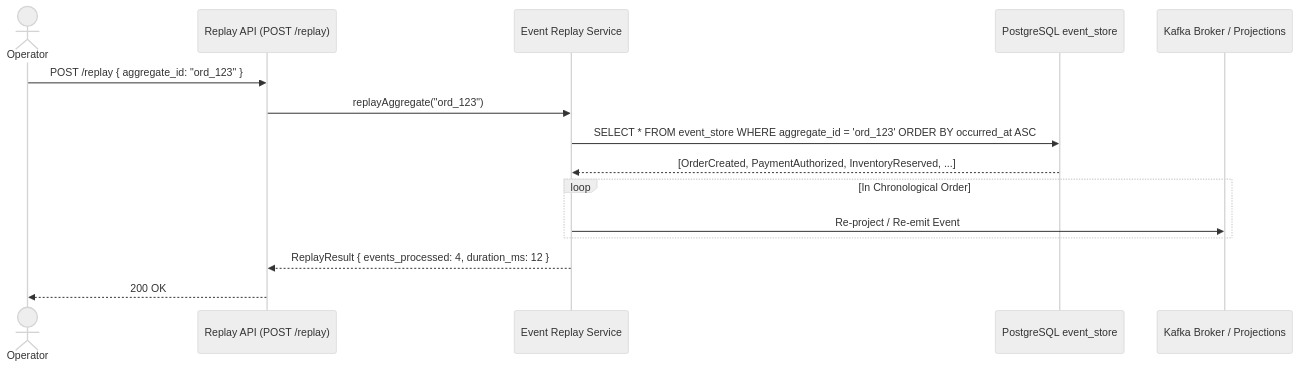
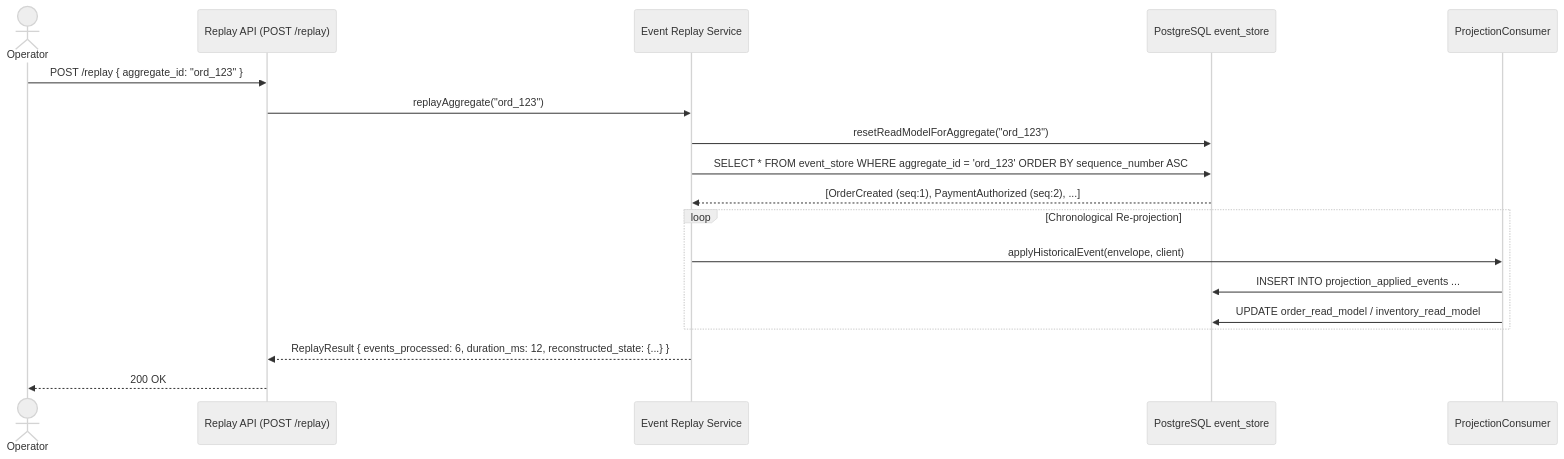
One commit to GiovaniRodrigo/event-driven-kafka changed the diagram in docs/11_EVENT_REPLAY.md. Above: the diagram before and after it, drawn with Mermaid (neutral theme). The commit also changed other lines of this file and 20 other files, not shown here.

````diff
--- a/docs/11_EVENT_REPLAY.md
+++ b/docs/11_EVENT_REPLAY.md
@@ -18,18 +18,21 @@
 ```mermaid
 sequenceDiagram
     actor Operator
     participant API as Replay API (POST /replay)
     participant Engine as Event Replay Service
     participant Store as PostgreSQL event_store
-    participant Kafka as Kafka Broker / Projections
+    participant Proj as ProjectionConsumer
 
     Operator->>API: POST /replay { aggregate_id: "ord_123" }
     API->>Engine: replayAggregate("ord_123")
-    Engine->>Store: SELECT * FROM event_store WHERE aggregate_id = 'ord_123' ORDER BY occurred_at ASC
-    Store-->>Engine: [OrderCreated, PaymentAuthorized, InventoryReserved, ...]
-    loop In Chronological Order
-        Engine->>Kafka: Re-project / Re-emit Event
+    Engine->>Store: resetReadModelForAggregate("ord_123")
+    Engine->>Store: SELECT * FROM event_store WHERE aggregate_id = 'ord_123' ORDER BY sequence_number ASC
+    Store-->>Engine: [OrderCreated (seq:1), PaymentAuthorized (seq:2), ...]
+    loop Chronological Re-projection
+        Engine->>Proj: applyHistoricalEvent(envelope, client)
+        Proj->>Store: INSERT INTO projection_applied_events ...
+        Proj->>Store: UPDATE order_read_model / inventory_read_model
     end
-    Engine-->>API: ReplayResult { events_processed: 4, duration_ms: 12 }
+    Engine-->>API: ReplayResult { events_processed: 6, duration_ms: 12, reconstructed_state: {...} }
     API-->>Operator: 200 OK
 ```
````
